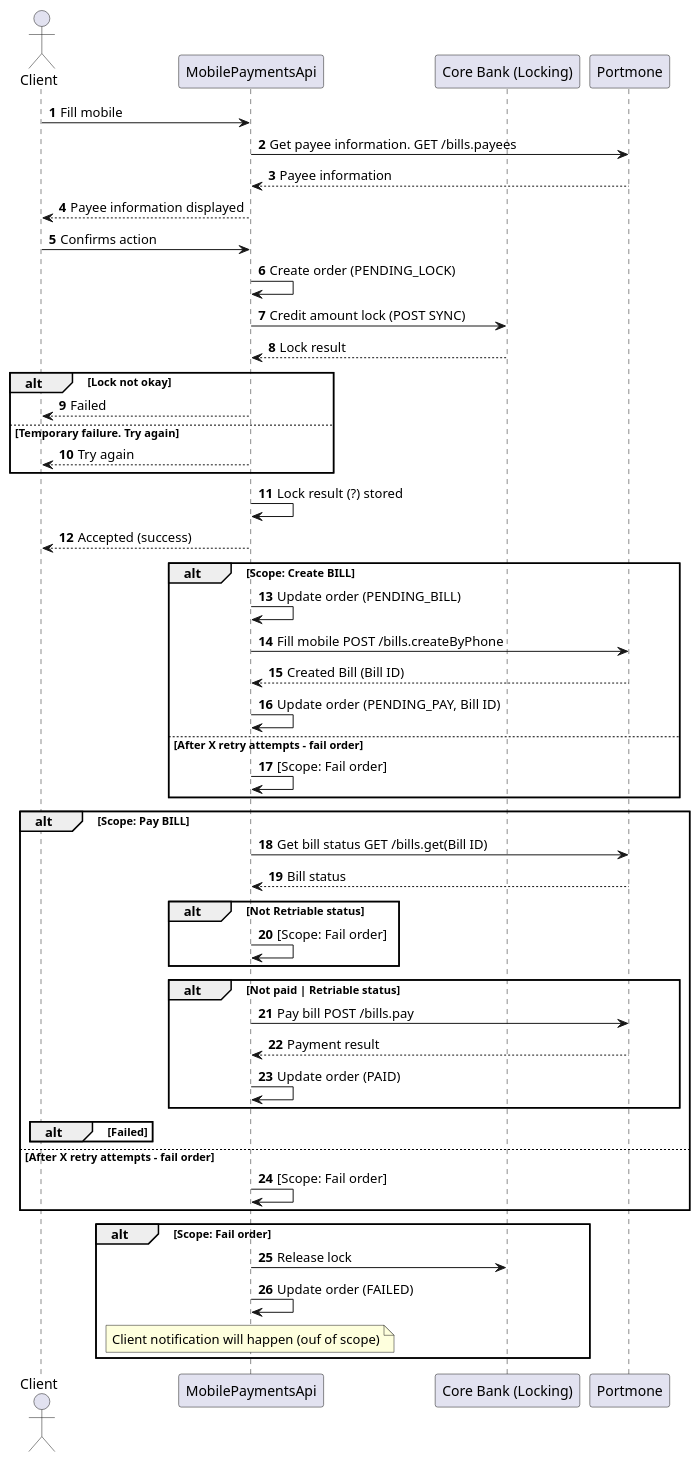
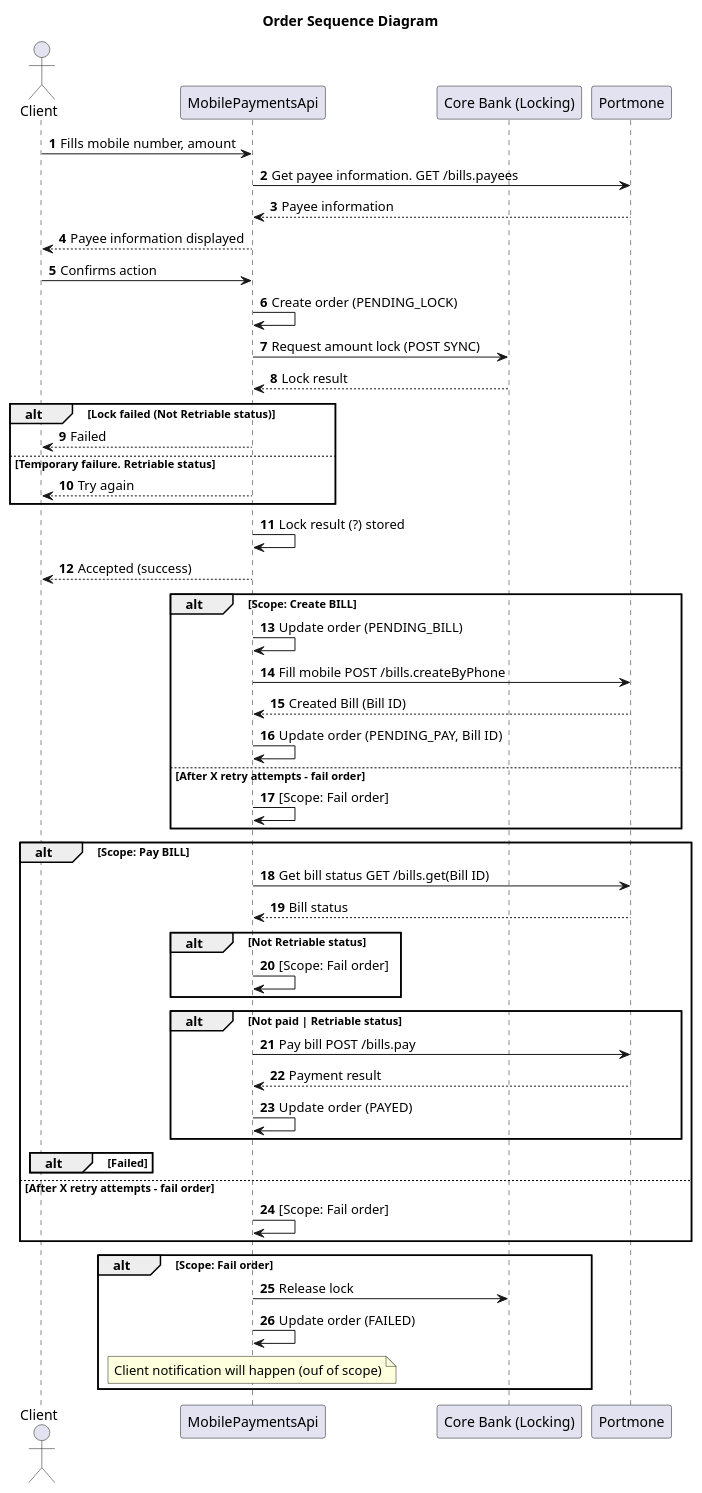
Before and after one commit to vvtomash/htbs: the diagram in fintech-portmone/diagrams/flow.puml, drawn with PlantUML. The commit also changed 1 other file, not shown here.

```diff
--- a/fintech-portmone/diagrams/flow.puml
+++ b/fintech-portmone/diagrams/flow.puml
@@ -1,66 +1,67 @@
 @startuml
+title Order Sequence Diagram
 autonumber
 
 actor Client as user
 participant MobilePaymentsApi as mob
 participant "Core Bank (Locking)" as lock
 'participant "Core Bank (Transfer)" as transf
 participant "Portmone" as ptm
 
-user -> mob: Fill mobile
+user -> mob: Fills mobile number, amount
 'activate mob
 'deactivate mob
 
 mob -> ptm: Get payee information. GET /bills.payees
 mob <-- ptm: Payee information
 user <-- mob: Payee information displayed
 user -> mob: Confirms action
 
 mob -> mob: Create order (PENDING_LOCK)
 ' ???
-mob -> lock: Credit amount lock (POST SYNC)
+mob -> lock: Request amount lock (POST SYNC)
 mob <-- lock: Lock result
-alt Lock not okay
+alt Lock failed (Not Retriable status)
 user <-- mob: Failed
-else Temporary failure. Try again
+else Temporary failure. Retriable status
 user <-- mob: Try again
 end
 
 mob -> mob: Lock result (?) stored
 user <-- mob: Accepted (success)
 
 alt Scope: Create BILL
 mob -> mob: Update order (PENDING_BILL)
 mob -> ptm: Fill mobile POST /bills.createByPhone
 mob <-- ptm: Created Bill (Bill ID)
 mob -> mob: Update order (PENDING_PAY, Bill ID)
 else After X retry attempts - fail order
 mob -> mob: [Scope: Fail order]
 end scope
 
 alt Scope: Pay BILL
 mob -> ptm: Get bill status GET /bills.get(Bill ID)
 mob <-- ptm: Bill status
 alt Not Retriable status
 mob -> mob: [Scope: Fail order]
 end alt
 alt Not paid | Retriable status
 mob -> ptm: Pay bill POST /bills.pay
 mob <-- ptm: Payment result
-mob -> mob: Update order (PAID)
+mob -> mob: Update order (PAYED)
 end alt
 alt Failed
 end alt
 else After X retry attempts - fail order
 mob -> mob: [Scope: Fail order]
 end scope
 
 alt Scope: Fail order
 mob -> lock: Release lock
 mob -> mob: Update order (FAILED)
 note over mob
 Client notification will happen (ouf of scope)
 end note
 end scope
 
 @enduml
```
